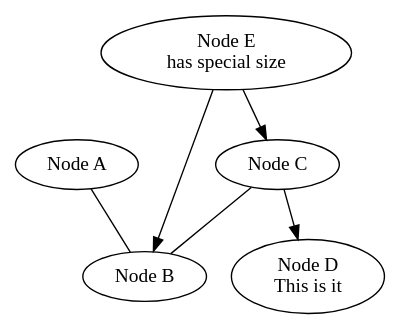
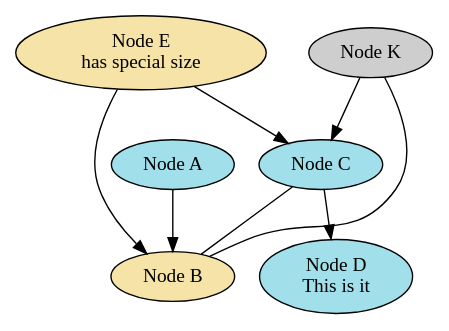
The diagram in resources/rico-cluster-qt-save.dot (stweise/rico-cluster-qt), drawn with Graphviz before and after one commit. The commit also changed 8 other files, not shown here.

```diff
--- a/resources/rico-cluster-qt-save.dot
+++ b/resources/rico-cluster-qt-save.dot
@@ -1,12 +1,15 @@
 digraph "rico-cluster-qt-save" {
-node0 [label="Node A"];
-node1 [label="Node B"];
-node2 [label="Node C"];
-node3 [label="Node D\nThis is it"];
-node4 [label="Node E\nhas special size"];
+node0 [label="Node A", style=filled, fillcolor="#a1e0ea"];
+node1 [label="Node B", style=filled, fillcolor="#f6e3a8"];
+node2 [label="Node C", style=filled, fillcolor="#a1e0ea"];
+node3 [label="Node D\nThis is it", style=filled, fillcolor="#a1e0ea"];
+node4 [label="Node E\nhas special size", style=filled, fillcolor="#f6e3a8"];
+node5 [label="Node K", style=filled, fillcolor="#cecece"];
 node2 -> node1 [dir=none];
-node0 -> node1 [dir=none];
+node0 -> node1;
 node2 -> node3;
 node4 -> node2;
 node4 -> node1;
+node5 -> node1 [dir=none];
+node5 -> node2;
 }
```
